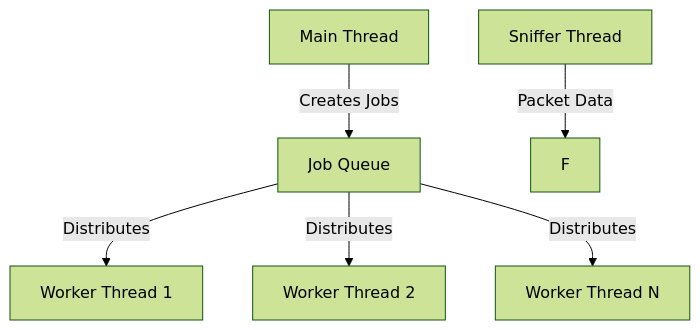
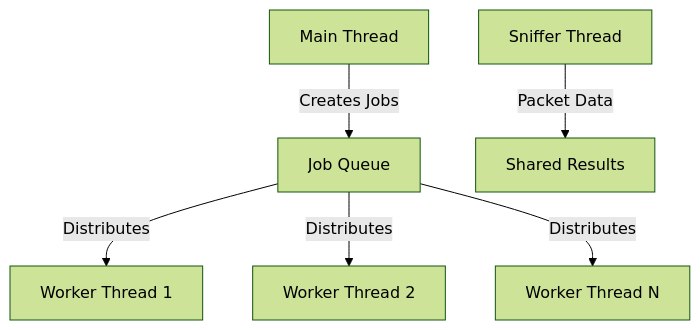
Before and after one commit to erdogancayir/ft_nmap: the first of 2 diagrams in README.md, drawn with Mermaid (forest theme).

````diff
--- a/README.md
+++ b/README.md
@@ -139,8 +139,8 @@
 ```mermaid
 graph TD
     A[Main Thread] -->|Creates Jobs| B[Job Queue]
     B -->|Distributes| C[Worker Thread 1]
     B -->|Distributes| D[Worker Thread 2]
     B -->|Distributes| E[Worker Thread N]
-    G[Sniffer Thread] -->|Packet Data| F
+    G[Sniffer Thread] -->|Packet Data| F[Shared Results]
 ```
````
